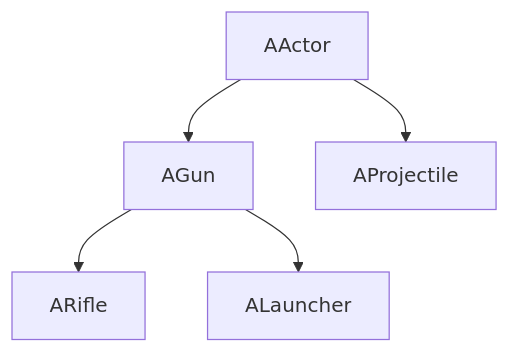
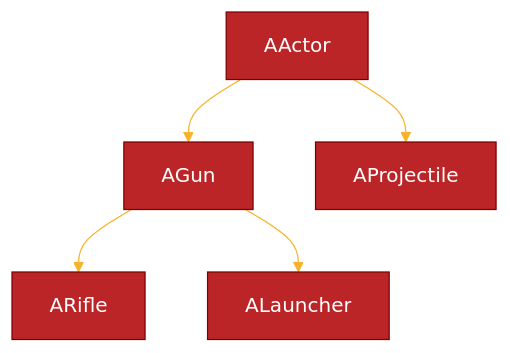
Before and after one commit to Mallllo/SimpleShooterRepository: the first of 2 diagrams in README.md, drawn with Mermaid.

````diff
--- a/README.md
+++ b/README.md
@@ -2,7 +2,20 @@
 ```mermaid
+%%{
+  init: {
+    'theme': 'base',
+    'themeVariables': {
+      'primaryColor': '#BB2528',
+      'primaryTextColor': '#fff',
+      'primaryBorderColor': '#7C0000',
+      'lineColor': '#F8B229',
+      'secondaryColor': '#006100',
+      'tertiaryColor': '#fff'
+    }
+  }
+}%%
 graph TD;
     AActor-->AGun;
     AGun-->ARifle;
     AGun-->ALauncher;
     AActor-->AProjectile;
 ```
````
